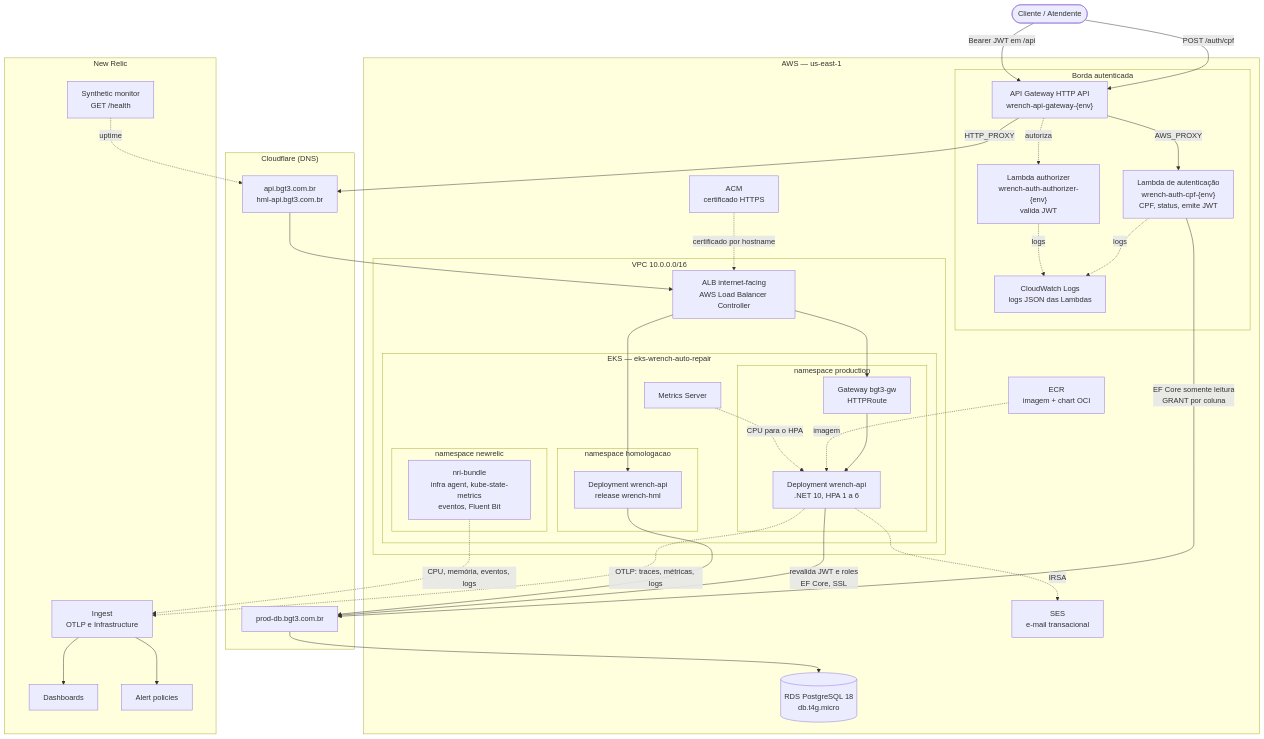
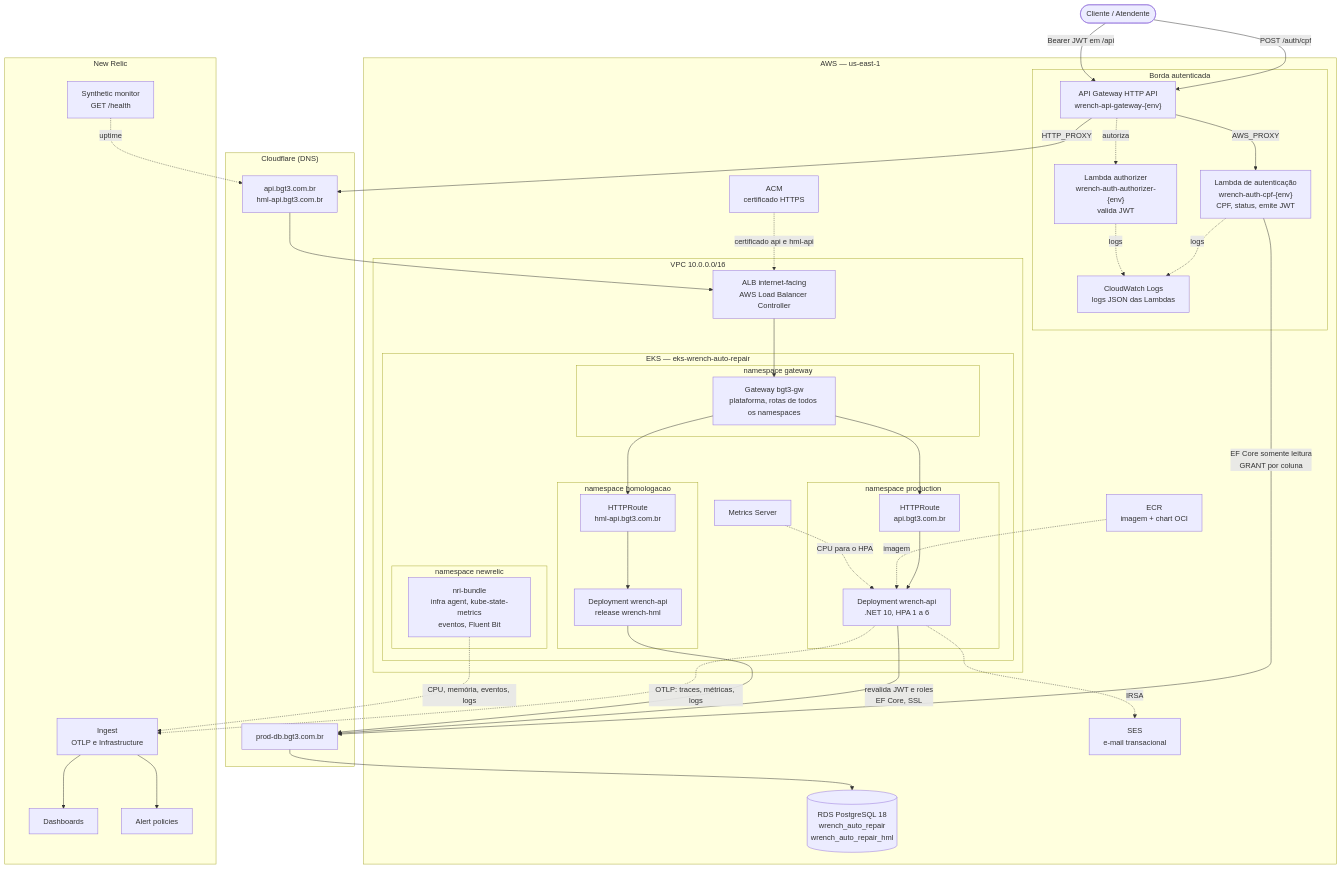
One commit to euthribeiro/app-k8s changed the first of 3 diagrams in docs/infraestrutura/arquitetura.md. Above: the diagram before and after it, drawn with Mermaid. The commit also changed other lines of this file and 25 other files, not shown here.

First line of the commit message:
feat: gateway de plataforma, database por ambiente e destruição do ambiente

````diff
--- a/docs/infraestrutura/arquitetura.md
+++ b/docs/infraestrutura/arquitetura.md
@@ -10,73 +10,78 @@
 ```mermaid
 flowchart TB
     user(["Cliente / Atendente"])
 
     subgraph CF["Cloudflare (DNS)"]
         dnsApp["api.bgt3.com.br<br/>hml-api.bgt3.com.br"]
         dnsDb["prod-db.bgt3.com.br"]
     end
 
     subgraph AWS["AWS — us-east-1"]
         subgraph EDGE["Borda autenticada"]
             apigw["API Gateway HTTP API<br/>wrench-api-gateway-{env}"]
             authz["Lambda authorizer<br/>wrench-auth-authorizer-{env}<br/>valida JWT"]
             lambda["Lambda de autenticação<br/>wrench-auth-cpf-{env}<br/>CPF, status, emite JWT"]
             cw["CloudWatch Logs<br/>logs JSON das Lambdas"]
         end
 
         acm["ACM<br/>certificado HTTPS"]
         ecr["ECR<br/>imagem + chart OCI"]
         ses["SES<br/>e-mail transacional"]
 
         subgraph VPC["VPC 10.0.0.0/16"]
             alb["ALB internet-facing<br/>AWS Load Balancer Controller"]
 
             subgraph EKS["EKS — eks-wrench-auto-repair"]
+                subgraph GWNS["namespace gateway"]
+                    gw["Gateway bgt3-gw<br/>plataforma, rotas de todos os namespaces"]
+                end
                 subgraph PROD["namespace production"]
-                    gw["Gateway bgt3-gw<br/>HTTPRoute"]
+                    routeProd["HTTPRoute<br/>api.bgt3.com.br"]
                     api["Deployment wrench-api<br/>.NET 10, HPA 1 a 6"]
                 end
                 subgraph HML["namespace homologacao"]
+                    routeHml["HTTPRoute<br/>hml-api.bgt3.com.br"]
                     apiHml["Deployment wrench-api<br/>release wrench-hml"]
                 end
                 subgraph NRNS["namespace newrelic"]
                     nri["nri-bundle<br/>infra agent, kube-state-metrics<br/>eventos, Fluent Bit"]
                 end
                 ms["Metrics Server"]
             end
         end
 
-        rds[("RDS PostgreSQL 18<br/>db.t4g.micro")]
+        rds[("RDS PostgreSQL 18<br/>wrench_auto_repair<br/>wrench_auto_repair_hml")]
     end
 
     subgraph NR["New Relic"]
         ingest["Ingest<br/>OTLP e Infrastructure"]
         dash["Dashboards"]
         alerts["Alert policies"]
         synth["Synthetic monitor<br/>GET /health"]
     end
 
     user -->|"POST /auth/cpf"| apigw
     apigw -->|"AWS_PROXY"| lambda
     lambda -->|"EF Core somente leitura<br/>GRANT por coluna"| dnsDb
     user -->|"Bearer JWT em /api"| apigw
     apigw -.->|"autoriza"| authz
     apigw -->|"HTTP_PROXY"| dnsApp
     dnsApp --> alb
-    acm -.->|"certificado por hostname"| alb
-    alb --> gw --> api
-    alb --> apiHml
+    acm -.->|"certificado api e hml-api"| alb
+    alb --> gw
+    gw --> routeProd --> api
+    gw --> routeHml --> apiHml
     api -->|"revalida JWT e roles<br/>EF Core, SSL"| dnsDb
     apiHml --> dnsDb
     dnsDb --> rds
     api -.->|"IRSA"| ses
     ecr -.->|"imagem"| api
     ms -.->|"CPU para o HPA"| api
     api -.->|"OTLP: traces, métricas, logs"| ingest
     nri -.->|"CPU, memória, eventos, logs"| ingest
     lambda -.->|"logs"| cw
     authz -.->|"logs"| cw
     ingest --> dash
     ingest --> alerts
     synth -.->|"uptime"| dnsApp
 ```
````
